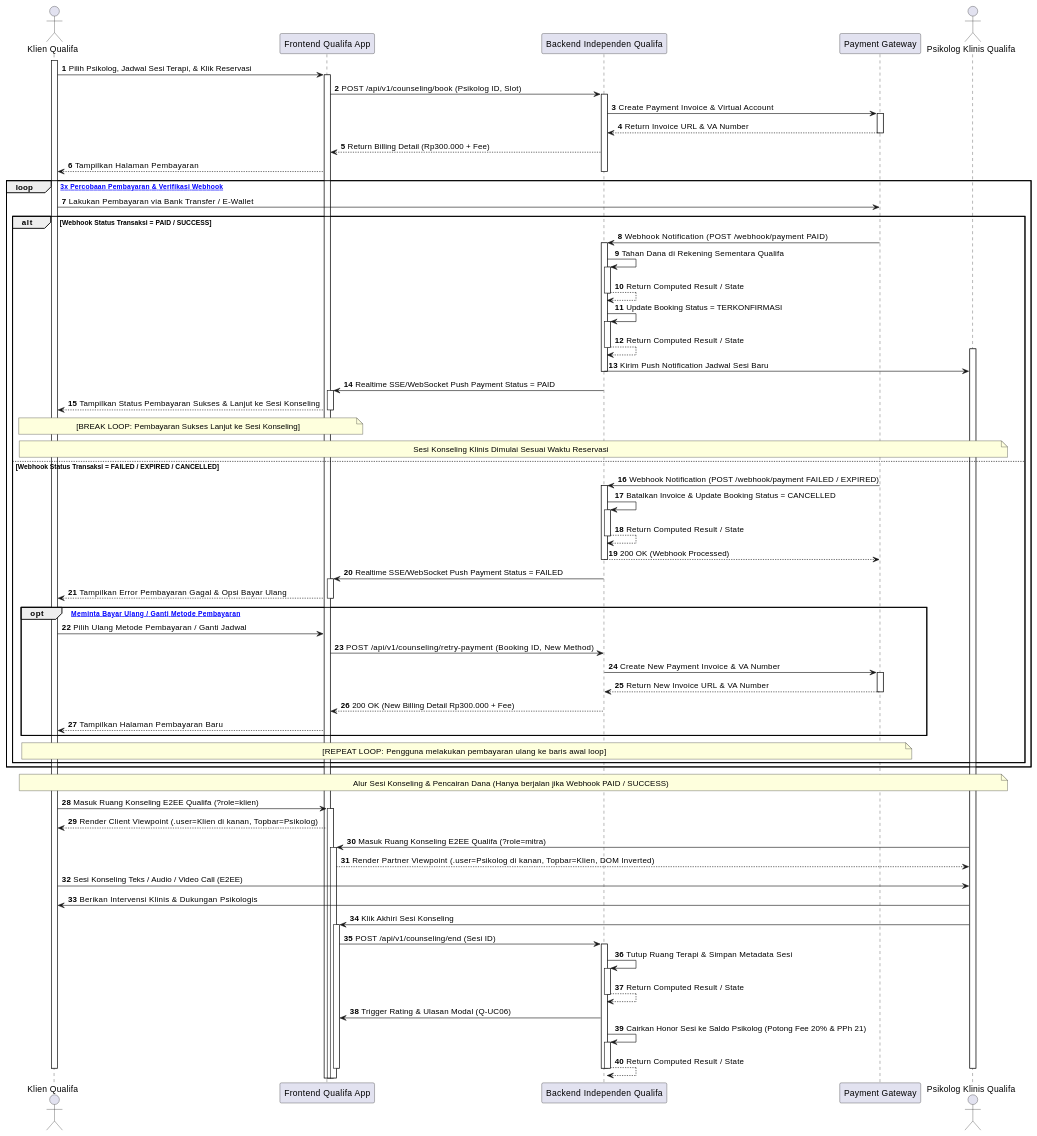
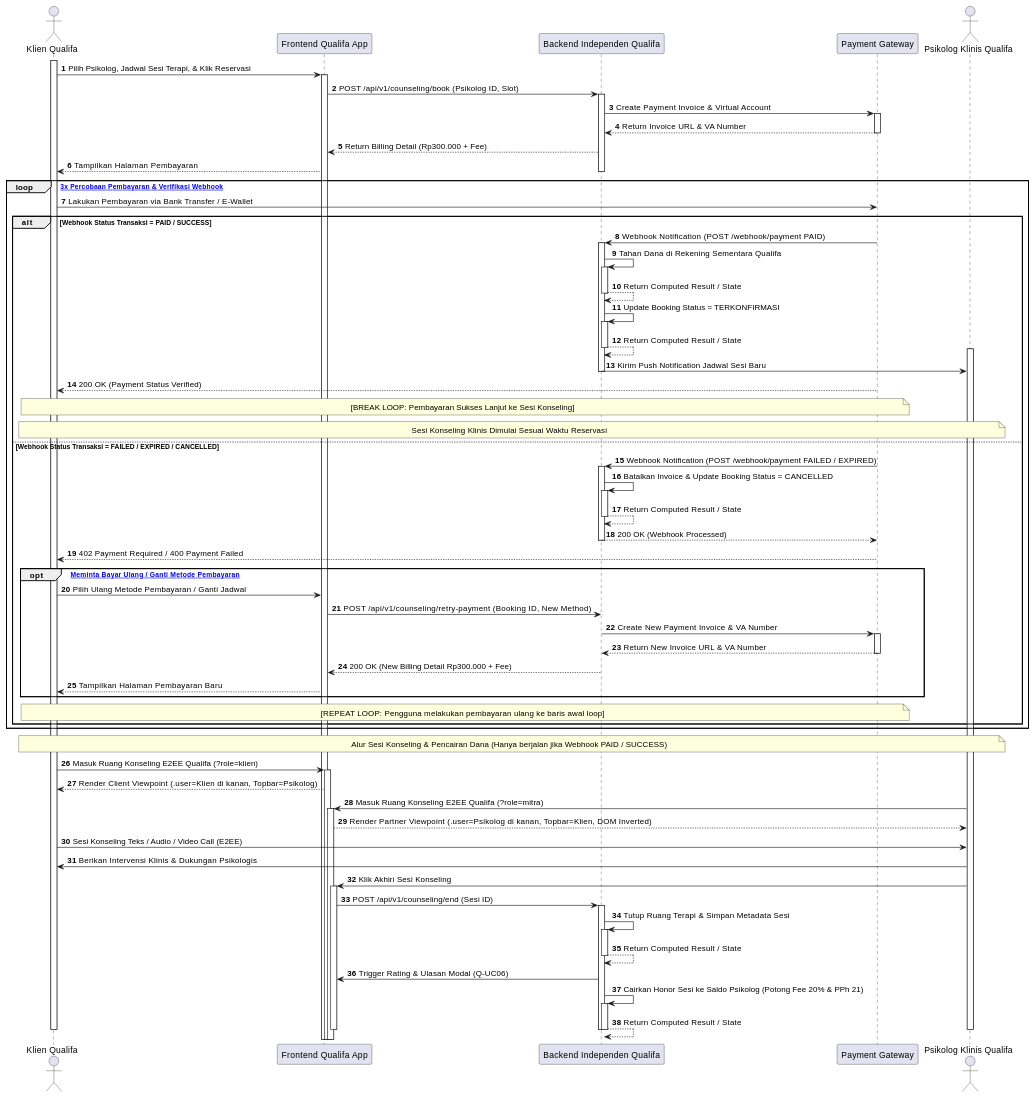
Diagram 19 of 30 in MarkDown/plantuml_sequence_diagrams.md (tupperwureism/SuperApp-Gagal), drawn with PlantUML before and after one commit. The commit also changed other lines of this file and 2 other files, not shown here.

````diff
--- a/MarkDown/plantuml_sequence_diagrams.md
+++ b/MarkDown/plantuml_sequence_diagrams.md
@@ -2064,80 +2063,74 @@
 ```plantuml
 @startuml
 autonumber
 actor "Klien Qualifa" as Klien
 participant "Frontend Qualifa App" as FE
 participant "Backend Independen Qualifa" as BE
 participant "Payment Gateway" as PG
 actor "Psikolog Klinis Qualifa" as Mitra
 
 activate Klien
 Klien -> FE ++ : Pilih Psikolog, Jadwal Sesi Terapi, & Klik Reservasi
 FE -> BE ++ : POST /api/v1/counseling/book (Psikolog ID, Slot)
 BE -> PG ++ : Create Payment Invoice & Virtual Account
 PG --> BE -- : Return Invoice URL & VA Number
 BE --> FE : Return Billing Detail (Rp300.000 + Fee)
 FE --> Klien : Tampilkan Halaman Pembayaran
 deactivate BE
 
 loop [Maksimal 3x Percobaan Pembayaran & Verifikasi Webhook]
     Klien -> PG : Lakukan Pembayaran via Bank Transfer / E-Wallet
 
     alt Webhook Status Transaksi = PAID / SUCCESS
         PG -> BE ++ : Webhook Notification (POST /webhook/payment PAID)
         BE -> BE ++ : Tahan Dana di Rekening Sementara Qualifa
         BE --> BE -- : Return Computed Result / State
         BE -> BE ++ : Update Booking Status = TERKONFIRMASI
         BE --> BE -- : Return Computed Result / State
         activate Mitra
         BE -> Mitra : Kirim Push Notification Jadwal Sesi Baru
         deactivate BE
-        BE -> FE ++ : Realtime SSE/WebSocket Push Payment Status = PAID
-        FE --> Klien : Tampilkan Status Pembayaran Sukses & Lanjut ke Sesi Konseling
-        deactivate FE
-        deactivate BE
-        note over Klien, FE : [BREAK LOOP: Pembayaran Sukses Lanjut ke Sesi Konseling]
+        PG --> Klien : 200 OK (Payment Status Verified)
+        note over Klien, PG : [BREAK LOOP: Pembayaran Sukses Lanjut ke Sesi Konseling]
 
         note over Klien, Mitra : Sesi Konseling Klinis Dimulai Sesuai Waktu Reservasi
     else Webhook Status Transaksi = FAILED / EXPIRED / CANCELLED
         PG -> BE ++ : Webhook Notification (POST /webhook/payment FAILED / EXPIRED)
         BE -> BE ++ : Batalkan Invoice & Update Booking Status = CANCELLED
         BE --> BE -- : Return Computed Result / State
         BE --> PG -- : 200 OK (Webhook Processed)
-        BE -> FE ++ : Realtime SSE/WebSocket Push Payment Status = FAILED
-        FE --> Klien : Tampilkan Error Pembayaran Gagal & Opsi Bayar Ulang
-        deactivate FE
-        deactivate BE
-        
+        PG --> Klien : 402 Payment Required / 400 Payment Failed
+
         opt [Pengguna Meminta Bayar Ulang / Ganti Metode Pembayaran]
             Klien -> FE : Pilih Ulang Metode Pembayaran / Ganti Jadwal
             FE -> BE : POST /api/v1/counseling/retry-payment (Booking ID, New Method)
             BE -> PG ++ : Create New Payment Invoice & VA Number
             PG --> BE -- : Return New Invoice URL & VA Number
             BE --> FE : 200 OK (New Billing Detail Rp300.000 + Fee)
             FE --> Klien : Tampilkan Halaman Pembayaran Baru
         end
         note over Klien, PG : [REPEAT LOOP: Pengguna melakukan pembayaran ulang ke baris awal loop]
     end
 end
 
 note over Klien, Mitra : Alur Sesi Konseling & Pencairan Dana (Hanya berjalan jika Webhook PAID / SUCCESS)
 Klien -> FE ++ : Masuk Ruang Konseling E2EE Qualifa (?role=klien)
 FE --> Klien : Render Client Viewpoint (.user=Klien di kanan, Topbar=Psikolog)
 Mitra -> FE ++ : Masuk Ruang Konseling E2EE Qualifa (?role=mitra)
 FE --> Mitra : Render Partner Viewpoint (.user=Psikolog di kanan, Topbar=Klien, DOM Inverted)
 Klien -> Mitra : Sesi Konseling Teks / Audio / Video Call (E2EE)
 Mitra -> Klien : Berikan Intervensi Klinis & Dukungan Psikologis
 
 Mitra -> FE ++ : Klik Akhiri Sesi Konseling
 FE -> BE ++ : POST /api/v1/counseling/end (Sesi ID)
 BE -> BE ++ : Tutup Ruang Terapi & Simpan Metadata Sesi
 BE --> BE -- : Return Computed Result / State
 BE -> FE : Trigger Rating & Ulasan Modal (Q-UC06)
 BE -> BE ++ : Cairkan Honor Sesi ke Saldo Psikolog (Potong Fee 20% & PPh 21)
 BE --> BE -- : Return Computed Result / State
 deactivate BE
 deactivate FE
 deactivate Klien
 deactivate Mitra
 @enduml
 ```
````
